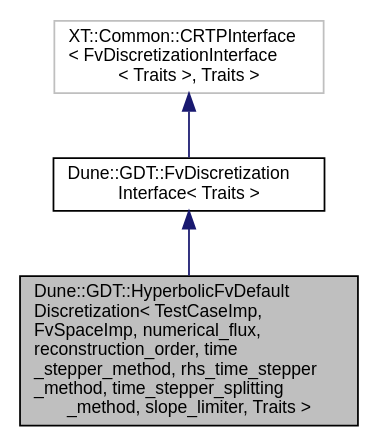
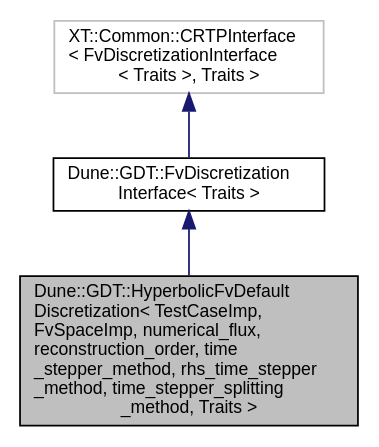
Before and after one commit to dune-community/dune-community.github.io: the diagram in docs/dune-gdt/''/a00968.dot, drawn with Graphviz. The commit also changed 2591 other files, not shown here.

Commit message:
Updated documentation for dune-gdt ''

```diff
--- a/docs/dune-gdt/''/a00968.dot
+++ b/docs/dune-gdt/''/a00968.dot
@@ -1,10 +1,10 @@
-digraph "Dune::GDT::HyperbolicFvDefaultDiscretization&lt; TestCaseImp, FvSpaceImp, numerical_flux, reconstruction_order, time_stepper_method, rhs_time_stepper_method, time_stepper_splitting_method, slope_limiter, Traits &gt;"
+digraph "Dune::GDT::HyperbolicFvDefaultDiscretization&lt; TestCaseImp, FvSpaceImp, numerical_flux, reconstruction_order, time_stepper_method, rhs_time_stepper_method, time_stepper_splitting_method, Traits &gt;"
 {
   edge [fontname="Helvetica",fontsize="10",labelfontname="Helvetica",labelfontsize="10"];
   node [fontname="Helvetica",fontsize="10",shape=record];
-  Node0 [label="Dune::GDT::HyperbolicFvDefault\lDiscretization\< TestCaseImp,\l FvSpaceImp, numerical_flux,\l reconstruction_order, time\l_stepper_method, rhs_time_stepper\l_method, time_stepper_splitting\l_method, slope_limiter, Traits \>",height=0.2,width=0.4,color="black", fillcolor="grey75", style="filled", fontcolor="black"];
+  Node0 [label="Dune::GDT::HyperbolicFvDefault\lDiscretization\< TestCaseImp,\l FvSpaceImp, numerical_flux,\l reconstruction_order, time\l_stepper_method, rhs_time_stepper\l_method, time_stepper_splitting\l_method, Traits \>",height=0.2,width=0.4,color="black", fillcolor="grey75", style="filled", fontcolor="black"];
   Node1 -> Node0 [dir="back",color="midnightblue",fontsize="10",style="solid",fontname="Helvetica"];
   Node1 [label="Dune::GDT::FvDiscretization\lInterface\< Traits \>",height=0.2,width=0.4,color="black", fillcolor="white", style="filled",URL="$a00993.html"];
   Node2 -> Node1 [dir="back",color="midnightblue",fontsize="10",style="solid",fontname="Helvetica"];
   Node2 [label="XT::Common::CRTPInterface\l\< FvDiscretizationInterface\l\< Traits \>, Traits \>",height=0.2,width=0.4,color="grey75", fillcolor="white", style="filled"];
 }
```
